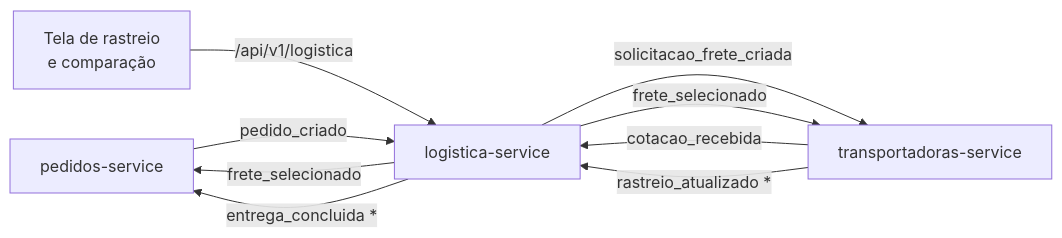
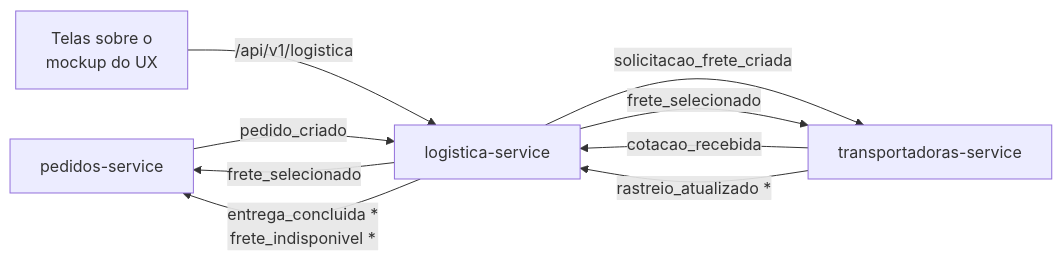
The diagram in README.md (ArrozbR/portal-b2b-logistica-transporte), drawn with Mermaid before and after one commit. The commit also changed other lines of this file and 9 other files, not shown here.

````diff
--- a/README.md
+++ b/README.md
@@ -34,11 +34,11 @@
 ```mermaid
 flowchart LR
     PED[pedidos-service] -->|pedido_criado| LOG[logistica-service]
     LOG -->|solicitacao_frete_criada| TRP[transportadoras-service]
     TRP -->|cotacao_recebida| LOG
     LOG -->|frete_selecionado| PED
     LOG -->|frete_selecionado| TRP
     TRP -->|rastreio_atualizado *| LOG
-    LOG -->|entrega_concluida *| PED
-    FE[Tela de rastreio<br/>e comparação] -->|/api/v1/logistica| LOG
+    LOG -->|entrega_concluida *<br/>frete_indisponivel *| PED
+    FE[Telas sobre o<br/>mockup do UX] -->|/api/v1/logistica| LOG
 ```
````
